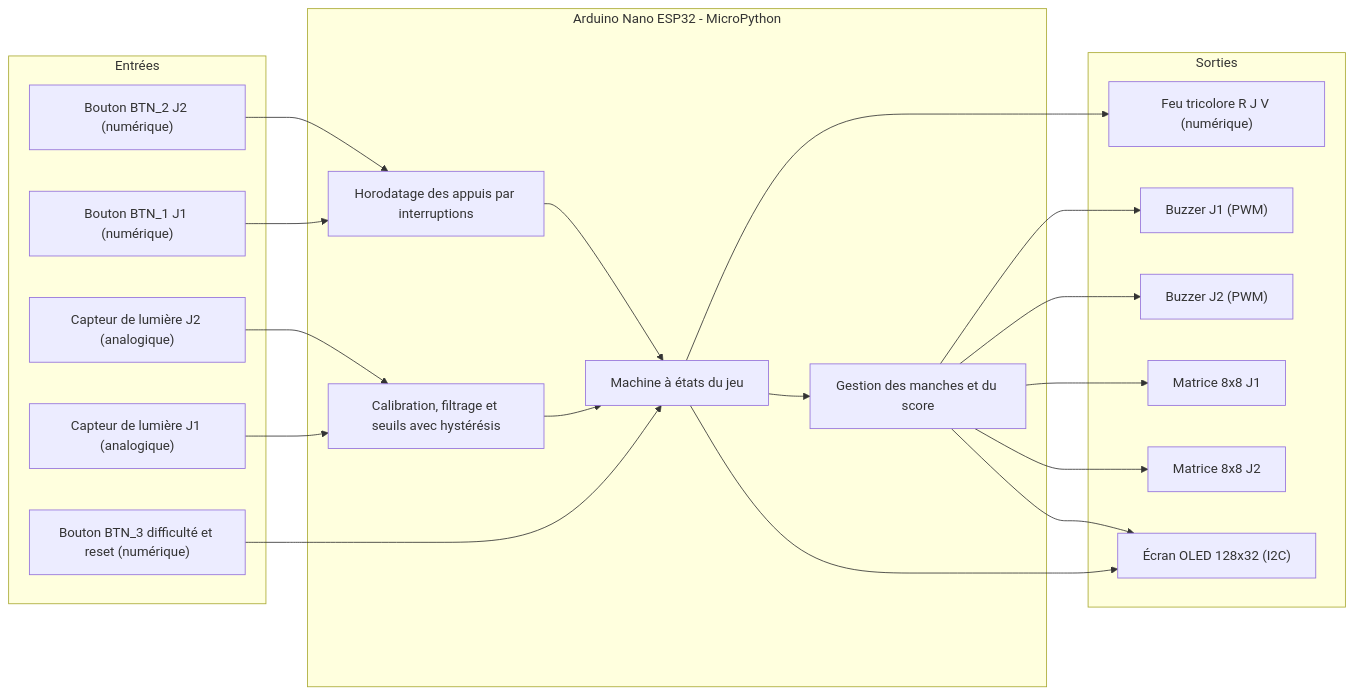
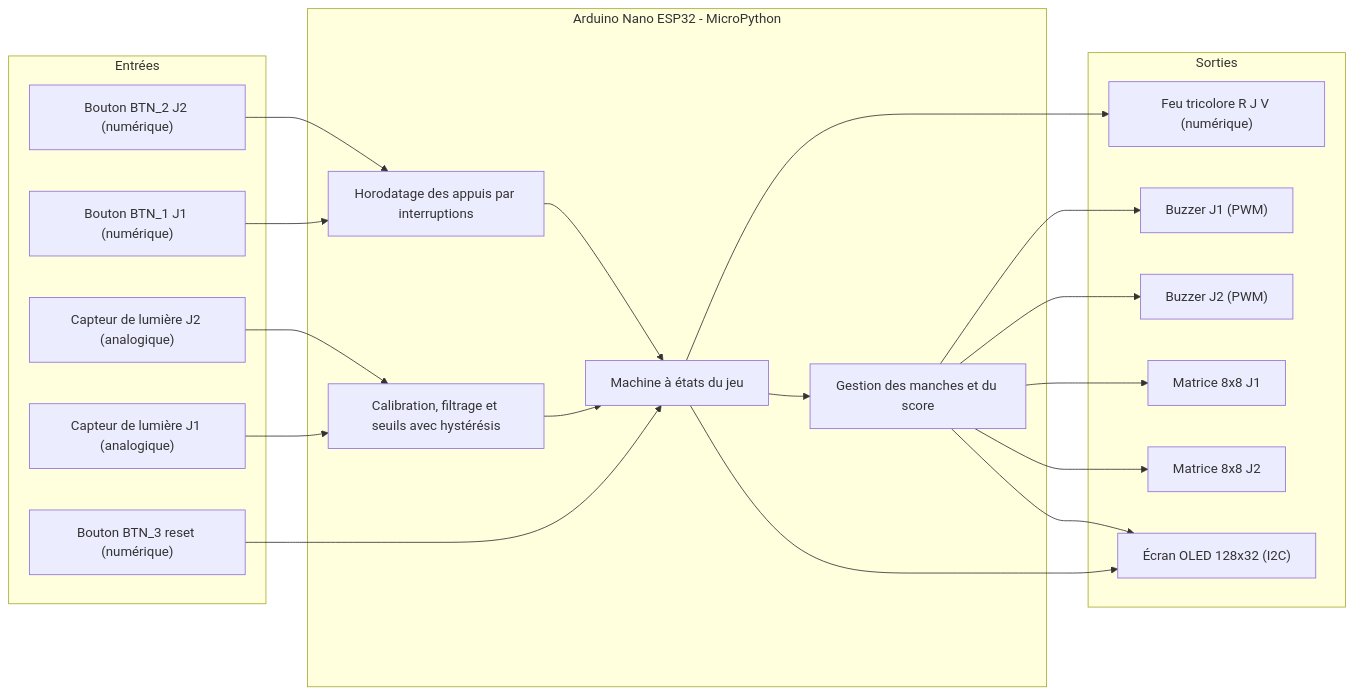
Before and after one commit to KaissSarragossa/PPE_projet_final: the first of 2 diagrams in LIVRABLE_1.md, drawn with Mermaid. The commit also changed other lines of this file, not shown here.

First line of the commit message:
Clarify BTN_3 functionality and update rules

````diff
--- a/LIVRABLE_1.md
+++ b/LIVRABLE_1.md
@@ -43,39 +36,39 @@
 ```mermaid
 flowchart LR
   subgraph ENTREES["Entrées"]
     L1["Capteur de lumière J1 (analogique)"]
     L2["Capteur de lumière J2 (analogique)"]
     B1["Bouton BTN_1 J1 (numérique)"]
     B2["Bouton BTN_2 J2 (numérique)"]
-    B3["Bouton BTN_3 difficulté et reset (numérique)"]
+    B3["Bouton BTN_3 reset (numérique)"]
   end
   subgraph MCU["Arduino Nano ESP32 - MicroPython"]
     CAL["Calibration, filtrage et seuils avec hystérésis"]
     IRQ["Horodatage des appuis par interruptions"]
     FSM["Machine à états du jeu"]
     SCORE["Gestion des manches et du score"]
   end
   subgraph SORTIES["Sorties"]
     FEU["Feu tricolore R J V (numérique)"]
     BZ1["Buzzer J1 (PWM)"]
     BZ2["Buzzer J2 (PWM)"]
     M1["Matrice 8x8 J1"]
     M2["Matrice 8x8 J2"]
     OLED["Écran OLED 128x32 (I2C)"]
   end
   L1 --> CAL
   L2 --> CAL
   B1 --> IRQ
   B2 --> IRQ
   B3 --> FSM
   CAL --> FSM
   IRQ --> FSM
   FSM --> SCORE
   FSM --> FEU
   FSM --> OLED
   SCORE --> M1
   SCORE --> M2
   SCORE --> BZ1
   SCORE --> BZ2
   SCORE --> OLED
 ```
````
